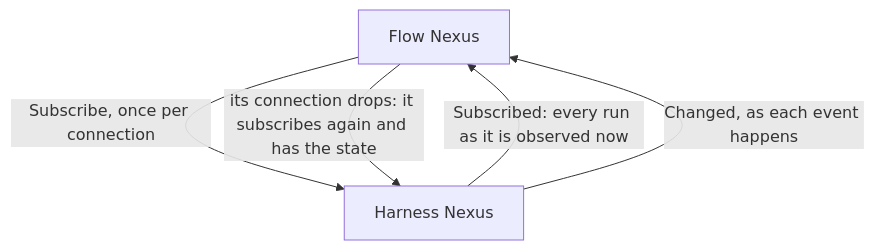
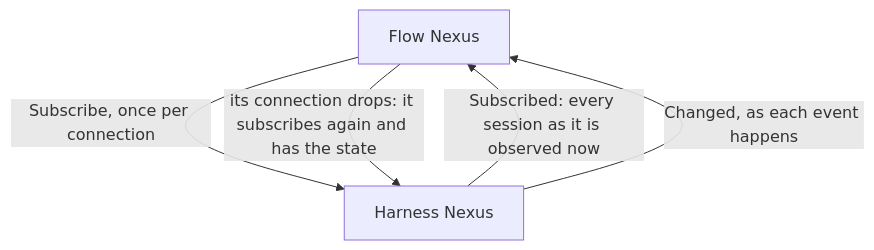
Before and after one commit to LiGoldragon/mind-belief: the third of 6 diagrams in notion/harness-nexus/0.md, drawn with Mermaid. The commit also changed other lines of this file and 2 other files, not shown here.

First line of the commit message:
notion:harness-nexus:0, notion:codex-harness-nexus:0 from the CodexHarness.5 proposal; notion:flow-watch:0 (the living, 17 Nov)

````diff
--- a/notion/harness-nexus/0.md
+++ b/notion/harness-nexus/0.md
@@ -159,7 +137,7 @@
 ```mermaid
 flowchart TB
     f["Flow Nexus"] -- "Subscribe, once per connection" --> h["Harness Nexus"]
-    h -- "Subscribed: every run as it is observed now" --> f
+    h -- "Subscribed: every session as it is observed now" --> f
     h -- "Changed, as each event happens" --> f
     f -- "its connection drops: it subscribes again and has the state" --> h
 ```
````
